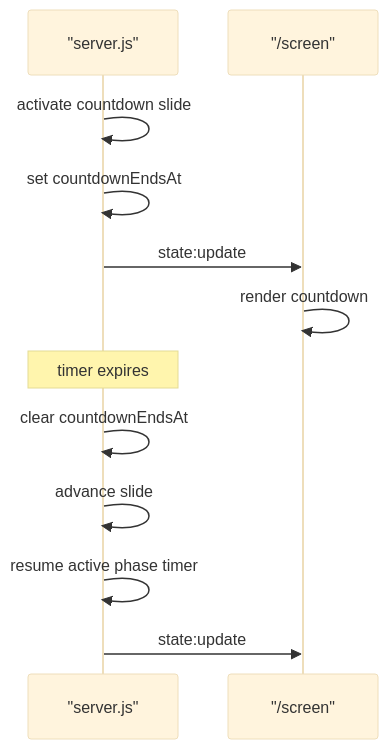
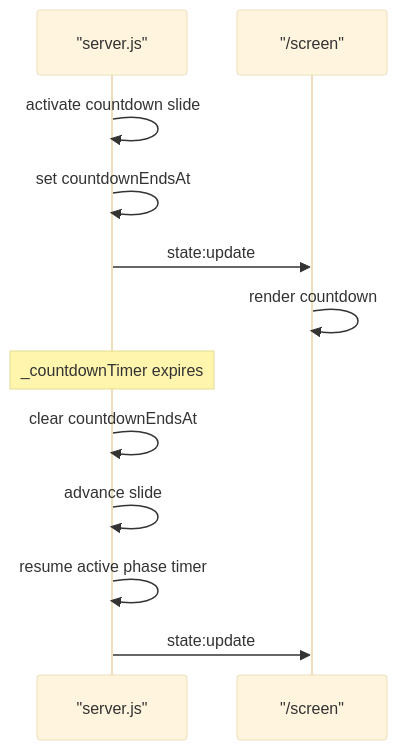
The third of 15 diagrams in docs/workflows.md (Saint-Therese-Of-Lisieux-Parish/sacra_lux), drawn with Mermaid (base theme) before and after one commit. The commit also changed other lines of this file and 17 other files, not shown here.

````diff
--- a/docs/workflows.md
+++ b/docs/workflows.md
@@ -41,15 +41,15 @@
 ```mermaid
 sequenceDiagram
     participant Server as "server.js"
     participant Screen as "/screen"
 
     Server->>Server: activate countdown slide
     Server->>Server: set countdownEndsAt
     Server->>Screen: state:update
     Screen->>Screen: render countdown
-    Note over Server: timer expires
+    Note over Server: _countdownTimer expires
     Server->>Server: clear countdownEndsAt
     Server->>Server: advance slide
     Server->>Server: resume active phase timer
     Server->>Screen: state:update
 ```
````
